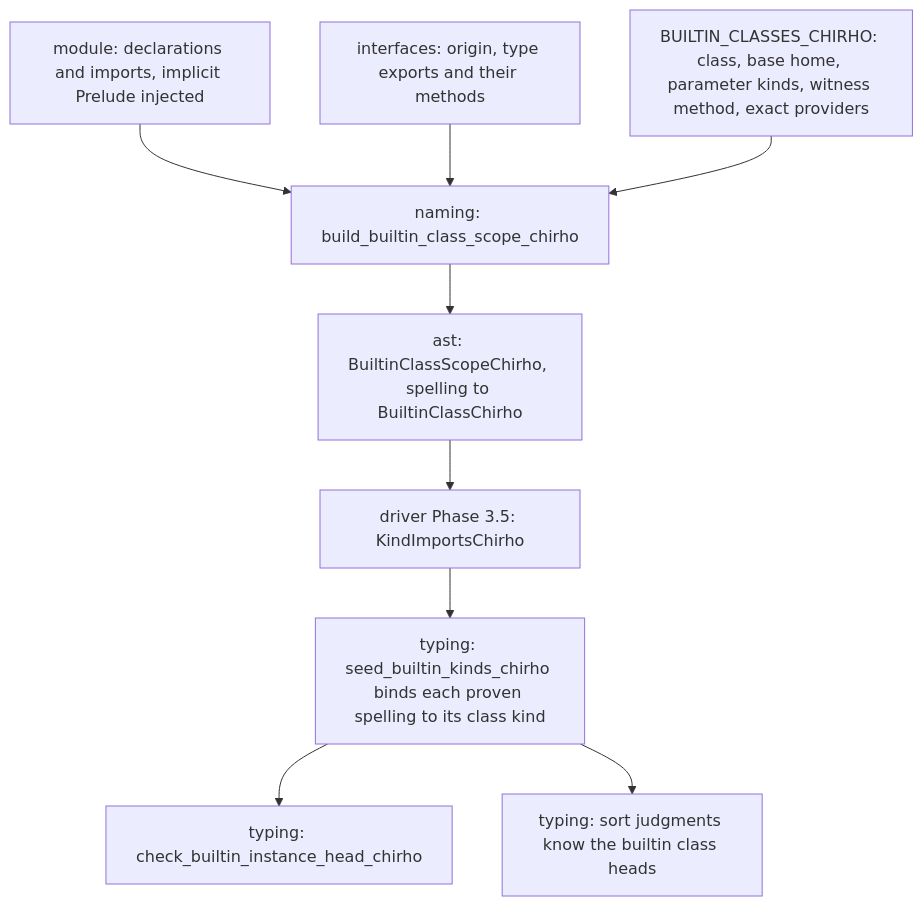
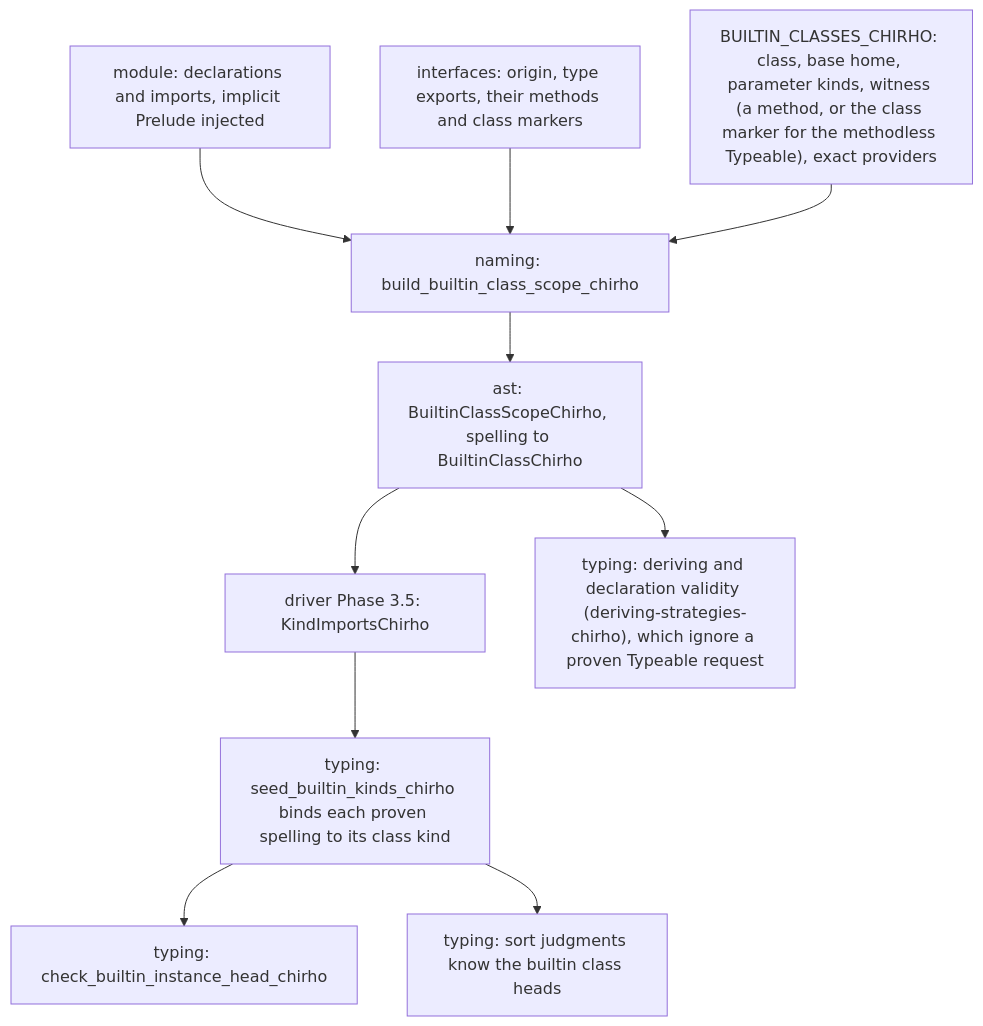
One commit to loveJesus/haskelujah-chirho changed the diagram in spec-chirho/workflows-chirho/compiler-pipeline-chirho/builtin-class-identity-chirho.md. Above: the diagram before and after it, drawn with Mermaid. The commit also changed other lines of this file and 37 other files, not shown here.

````diff
--- a/spec-chirho/workflows-chirho/compiler-pipeline-chirho/builtin-class-identity-chirho.md
+++ b/spec-chirho/workflows-chirho/compiler-pipeline-chirho/builtin-class-identity-chirho.md
@@ -7,11 +7,12 @@
 ```mermaid
 flowchart TD
     module_chirho["module: declarations and imports, implicit Prelude injected"] --> build_chirho["naming: build_builtin_class_scope_chirho"]
-    ifaces_chirho["interfaces: origin, type exports and their methods"] --> build_chirho
-    table_chirho["BUILTIN_CLASSES_CHIRHO: class, base home, parameter kinds, witness method, exact providers"] --> build_chirho
+    ifaces_chirho["interfaces: origin, type exports, their methods and class markers"] --> build_chirho
+    table_chirho["BUILTIN_CLASSES_CHIRHO: class, base home, parameter kinds, witness (a method, or the class marker for the methodless Typeable), exact providers"] --> build_chirho
     build_chirho --> scope_chirho["ast: BuiltinClassScopeChirho, spelling to BuiltinClassChirho"]
     scope_chirho --> driver_chirho["driver Phase 3.5: KindImportsChirho"]
     driver_chirho --> seed_chirho["typing: seed_builtin_kinds_chirho binds each proven spelling to its class kind"]
     seed_chirho --> heads_chirho["typing: check_builtin_instance_head_chirho"]
     seed_chirho --> sorts_chirho["typing: sort judgments know the builtin class heads"]
+    scope_chirho --> deriving_chirho["typing: deriving and declaration validity (deriving-strategies-chirho), which ignore a proven Typeable request"]
 ```
````
